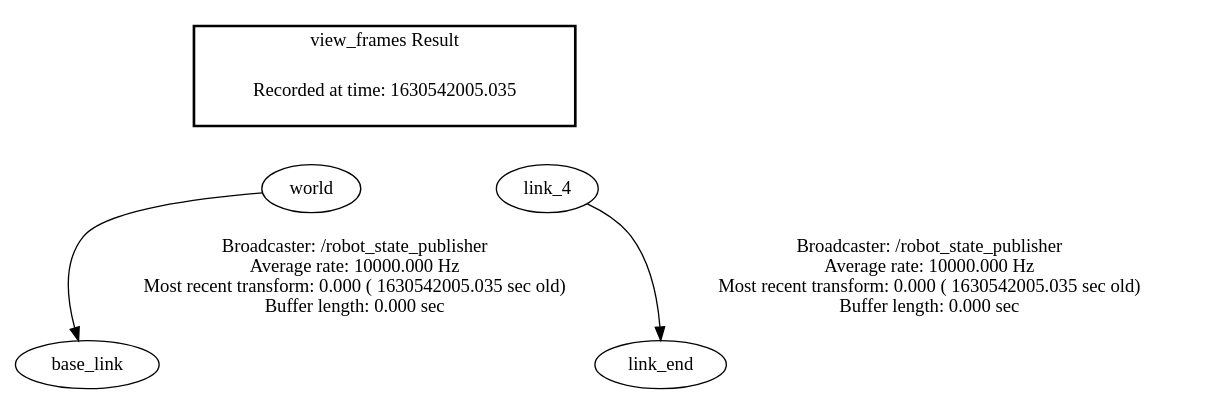
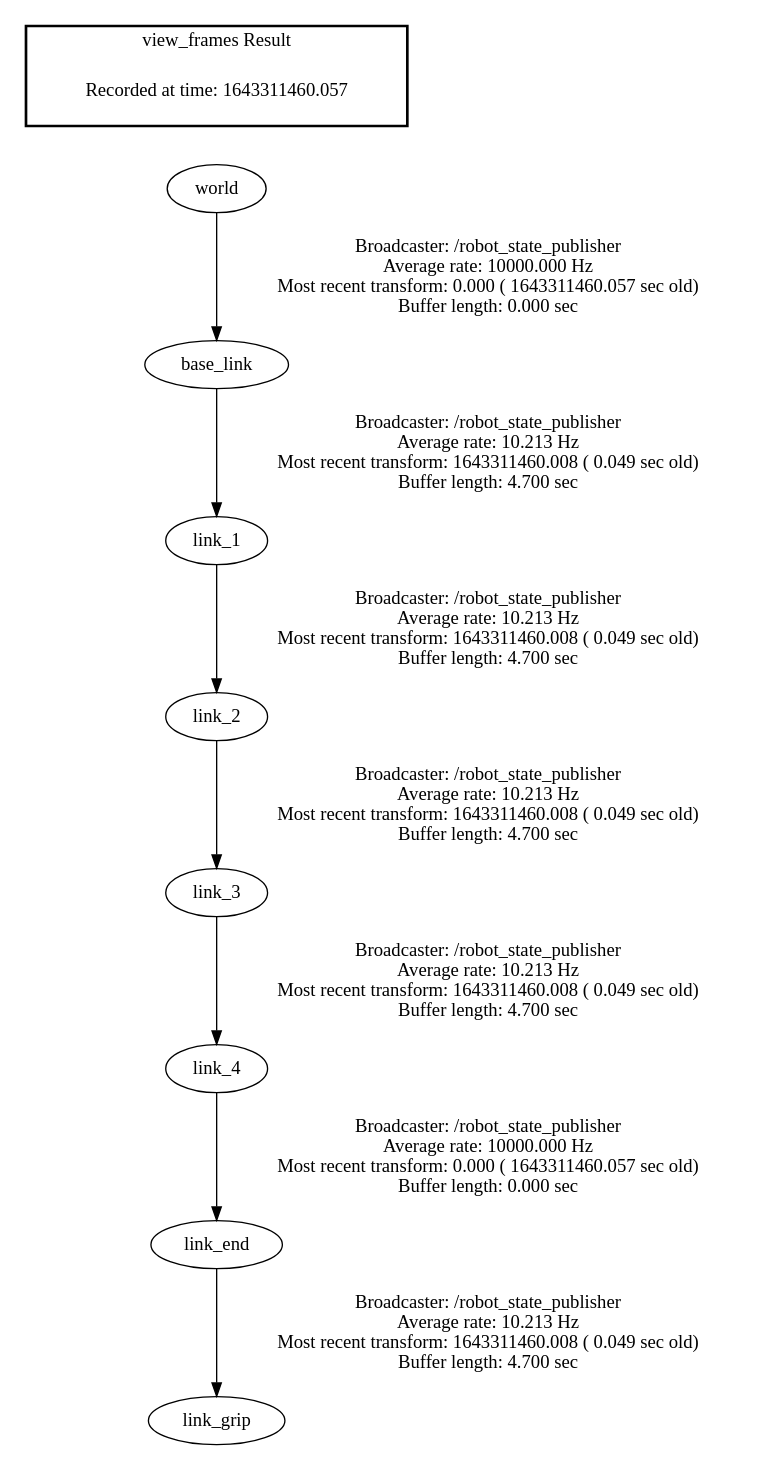
One commit to allicen/Armbot changed the diagram in frames.gv. Above: the diagram before and after it, drawn with Graphviz. The commit also changed 2 other files, not shown here.

```diff
--- a/frames.gv
+++ b/frames.gv
@@ -1,12 +1,13 @@
 digraph G {
-"world" -> "base_link"[label="Broadcaster: /robot_state_publisher\nAverage rate: 10000.000 Hz\nMost recent transform: 0.000 ( 1630542005.035 sec old)\nBuffer length: 0.000 sec\n"];
-"link_4" -> "link_end"[label="Broadcaster: /robot_state_publisher\nAverage rate: 10000.000 Hz\nMost recent transform: 0.000 ( 1630542005.035 sec old)\nBuffer length: 0.000 sec\n"];
+"world" -> "base_link"[label="Broadcaster: /robot_state_publisher\nAverage rate: 10000.000 Hz\nMost recent transform: 0.000 ( 1643311460.057 sec old)\nBuffer length: 0.000 sec\n"];
+"link_4" -> "link_end"[label="Broadcaster: /robot_state_publisher\nAverage rate: 10000.000 Hz\nMost recent transform: 0.000 ( 1643311460.057 sec old)\nBuffer length: 0.000 sec\n"];
+"link_3" -> "link_4"[label="Broadcaster: /robot_state_publisher\nAverage rate: 10.213 Hz\nMost recent transform: 1643311460.008 ( 0.049 sec old)\nBuffer length: 4.700 sec\n"];
+"base_link" -> "link_1"[label="Broadcaster: /robot_state_publisher\nAverage rate: 10.213 Hz\nMost recent transform: 1643311460.008 ( 0.049 sec old)\nBuffer length: 4.700 sec\n"];
+"link_1" -> "link_2"[label="Broadcaster: /robot_state_publisher\nAverage rate: 10.213 Hz\nMost recent transform: 1643311460.008 ( 0.049 sec old)\nBuffer length: 4.700 sec\n"];
+"link_2" -> "link_3"[label="Broadcaster: /robot_state_publisher\nAverage rate: 10.213 Hz\nMost recent transform: 1643311460.008 ( 0.049 sec old)\nBuffer length: 4.700 sec\n"];
+"link_end" -> "link_grip"[label="Broadcaster: /robot_state_publisher\nAverage rate: 10.213 Hz\nMost recent transform: 1643311460.008 ( 0.049 sec old)\nBuffer length: 4.700 sec\n"];
 edge [style=invis];
  subgraph cluster_legend { style=bold; color=black; label ="view_frames Result";
-"Recorded at time: 1630542005.035"[ shape=plaintext ] ;
+"Recorded at time: 1643311460.057"[ shape=plaintext ] ;
  }->"world";
-edge [style=invis];
- subgraph cluster_legend { style=bold; color=black; label ="view_frames Result";
-"Recorded at time: 1630542005.035"[ shape=plaintext ] ;
- }->"link_4";
 }
```
